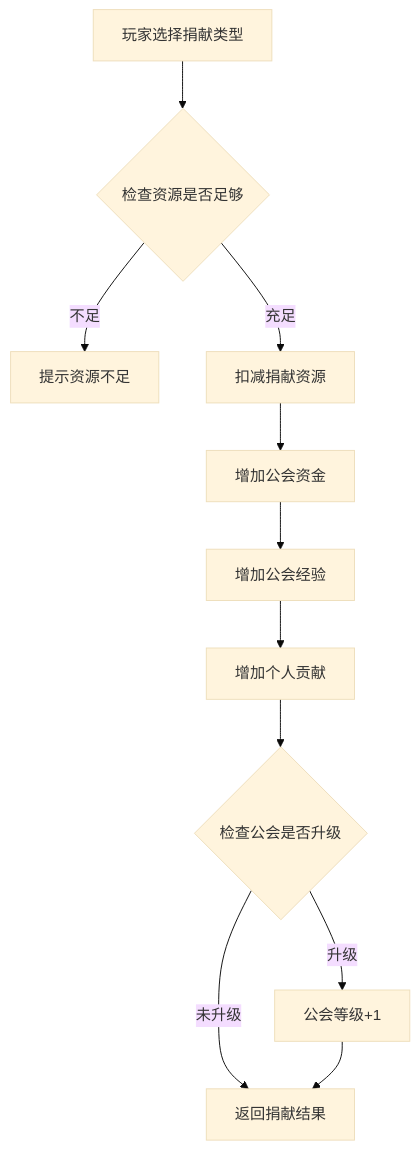
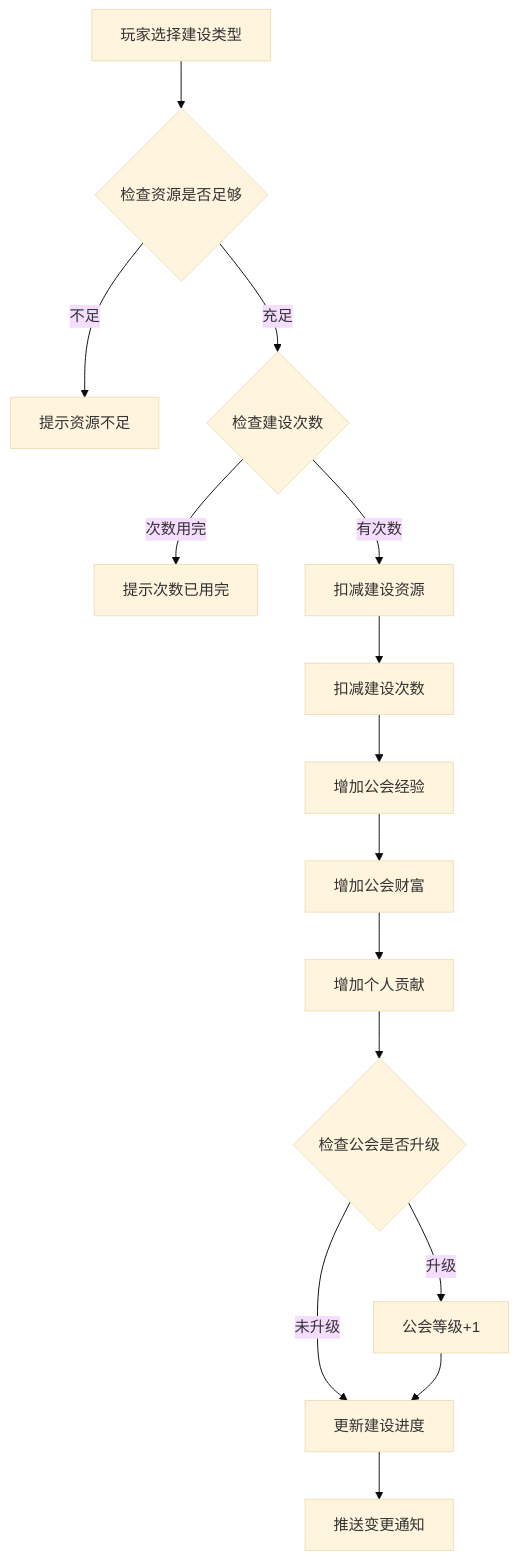
Before and after one commit to Alan-Ben/k2c_game_framework: the third of 8 diagrams in docs/Module_Guild/05_完整说明.md, drawn with Mermaid (base theme). The commit also changed other lines of this file and 75 other files, not shown here.

````diff
--- a/docs/Module_Guild/05_完整说明.md
+++ b/docs/Module_Guild/05_完整说明.md
@@ -156,13 +183,17 @@
 ```mermaid
 flowchart TD
-    A[玩家选择捐献类型] --> B{检查资源是否足够}
+    A[玩家选择建设类型] --> B{检查资源是否足够}
     B -->|不足| C[提示资源不足]
-    B -->|充足| D[扣减捐献资源]
-    D --> E[增加公会资金]
-    E --> F[增加公会经验]
-    F --> G[增加个人贡献]
-    G --> H{检查公会是否升级}
-    H -->|升级| I[公会等级+1]
-    H -->|未升级| J[返回捐献结果]
-    I --> J
+    B -->|充足| D{检查建设次数}
+    D -->|次数用完| E[提示次数已用完]
+    D -->|有次数| F[扣减建设资源]
+    F --> G[扣减建设次数]
+    G --> H[增加公会经验]
+    H --> I[增加公会财富]
+    I --> J[增加个人贡献]
+    J --> K{检查公会是否升级}
+    K -->|升级| L[公会等级+1]
+    K -->|未升级| M[更新建设进度]
+    L --> M
+    M --> N[推送变更通知]
 ```
````
